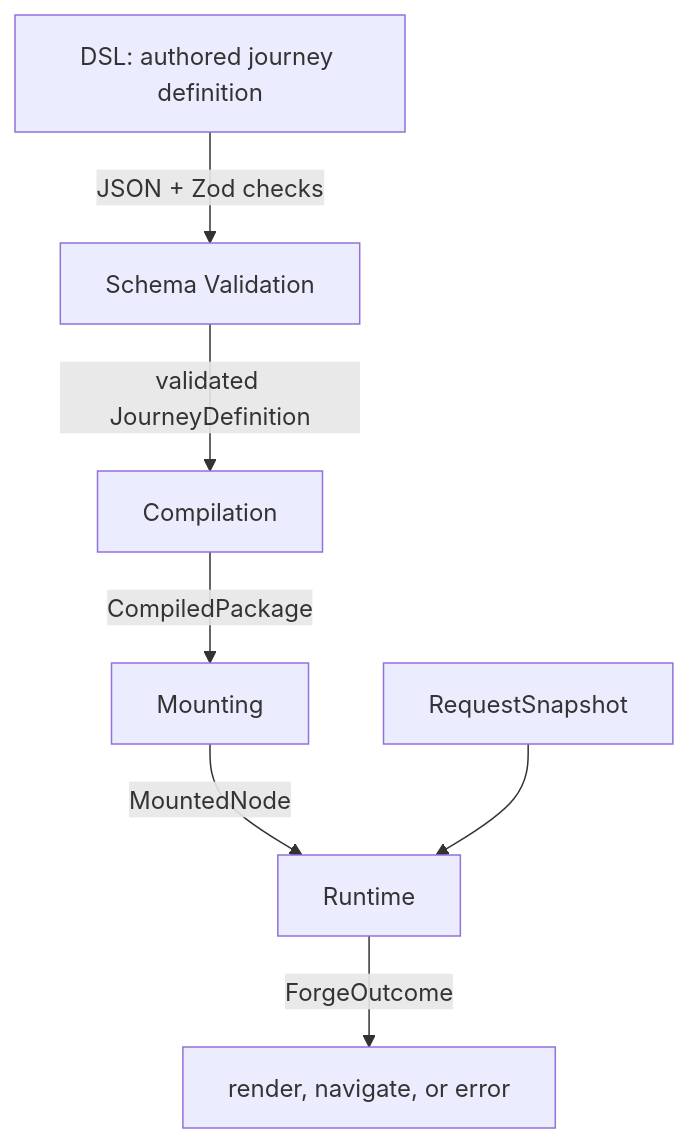
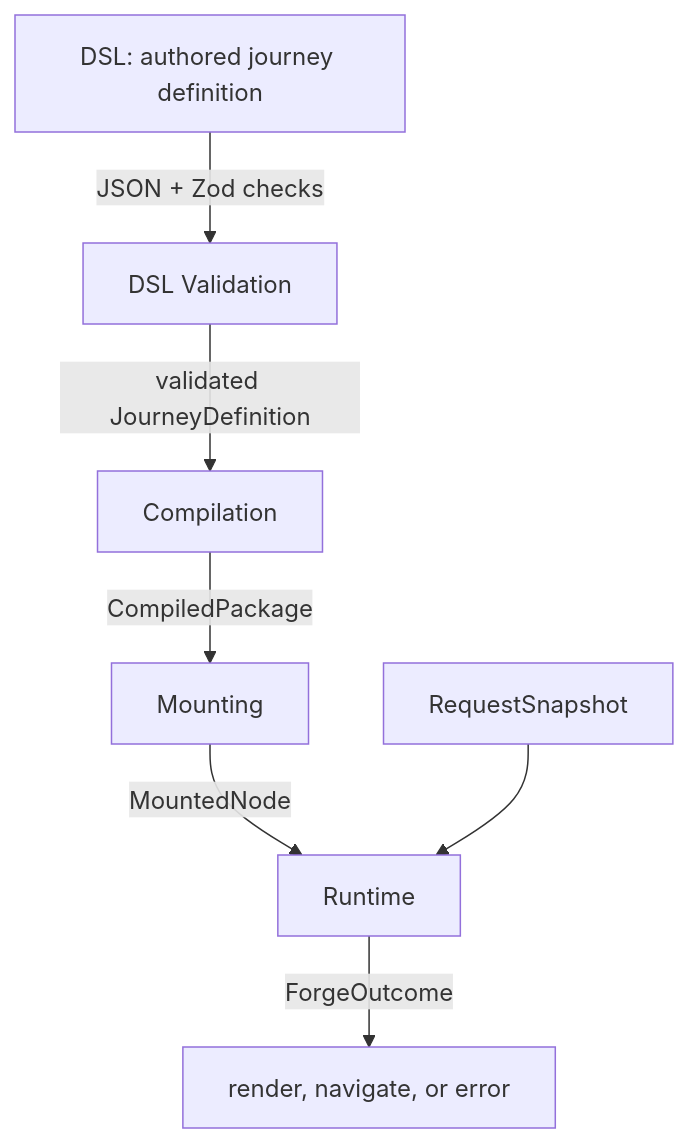
The first of 3 diagrams in packages/forge-core/src/engine/README.md (ministryofjustice/hmpps-forge), drawn with Mermaid before and after one commit. The commit also changed other lines of this file and 413 other files, not shown here.

````diff
--- a/packages/forge-core/src/engine/README.md
+++ b/packages/forge-core/src/engine/README.md
@@ -17,9 +31,9 @@
 ```mermaid
 flowchart TD
-  dsl["DSL: authored journey definition"] -->|"JSON + Zod checks"| schema["Schema Validation"]
+  dsl["DSL: authored journey definition"] -->|"JSON + Zod checks"| schema["DSL Validation"]
   schema -->|"validated JourneyDefinition"| compilation["Compilation"]
   compilation -->|"CompiledPackage"| mounting["Mounting"]
   mounting -->|"MountedNode"| runtime["Runtime"]
   request["RequestSnapshot"] --> runtime
   runtime -->|"ForgeOutcome"| outcome["render, navigate, or error"]
 ```
````
